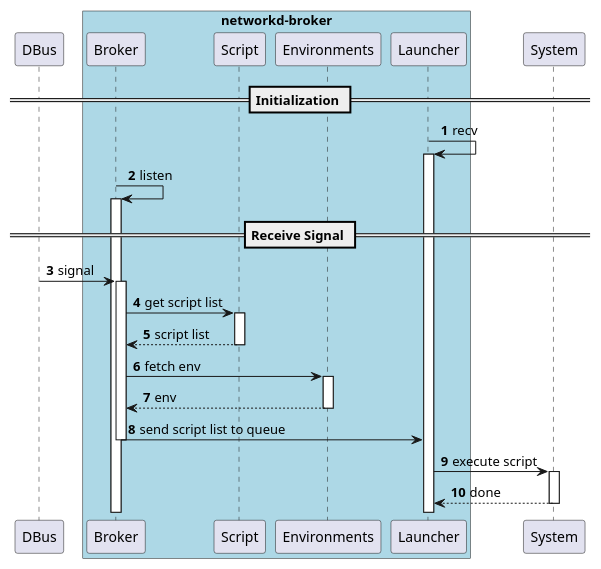
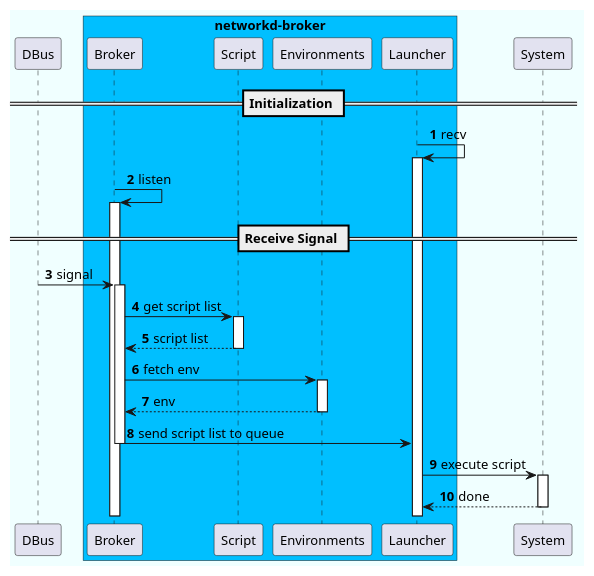
One commit to bpetlert/networkd-broker changed the diagram in docs/networkd-broker-seq.plantuml. Above: the diagram before and after it, drawn with PlantUML. The commit also changed 3 other files, not shown here.

```diff
--- a/docs/networkd-broker-seq.plantuml
+++ b/docs/networkd-broker-seq.plantuml
@@ -1,30 +1,35 @@
 @startuml networkd-broker
 
+skinparam defaultFontName "FuraCode Nerd Font"
+skinparam defaultFontSize 13
+skinparam defaultFontColor black
+skinparam BackgroundColor Azure
 skinparam BoxPadding 10
+skinparam shadowing false
 
 participant DBus
-box "networkd-broker" #LightBlue
+box "networkd-broker" #DeepSkyBlue
 participant Broker
 participant Script
 participant Environments
 participant Launcher
 end box
 participant System
 
 autonumber
 
 == Initialization ==
 Launcher -> Launcher ++ : recv
 Broker -> Broker ++ : listen
 
 == Receive Signal ==
 DBus -> Broker ++ : signal
 Broker -> Script ++ : get script list
 return script list
 Broker -> Environments ++ : fetch env
 return env
 Broker -> Launcher --: send script list to queue
 Launcher -> System ++ : execute script
 return done
 
 @enduml
```
